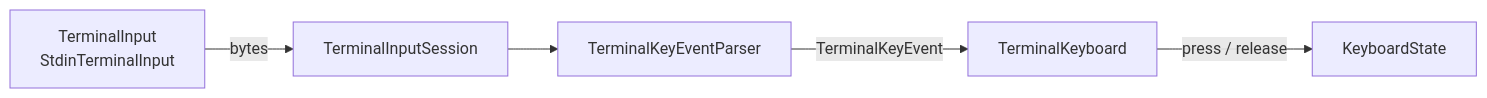
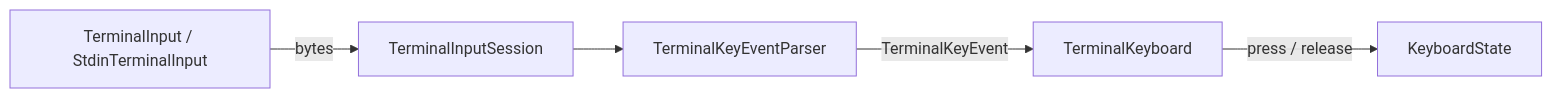
The third of 4 diagrams in docs/guides/terminal-composition-levels.md (fa-ribeiro/Chip8NX), drawn with Mermaid before and after one commit. The commit also changed other lines of this file and 15 other files, not shown here.

````diff
--- a/docs/guides/terminal-composition-levels.md
+++ b/docs/guides/terminal-composition-levels.md
@@ -73,13 +75,13 @@
 ```mermaid
 flowchart LR
-    Stdin["TerminalInput<br/>StdinTerminalInput"]
+    Stdin["TerminalInput / StdinTerminalInput"]
     Session["TerminalInputSession"]
     Parser["TerminalKeyEventParser"]
     Adapter["TerminalKeyboard"]
     State["KeyboardState"]
 
     Stdin -->|"bytes"| Session
     Session --> Parser
     Parser -->|"TerminalKeyEvent"| Adapter
     Adapter -->|"press / release"| State
 ```
````
